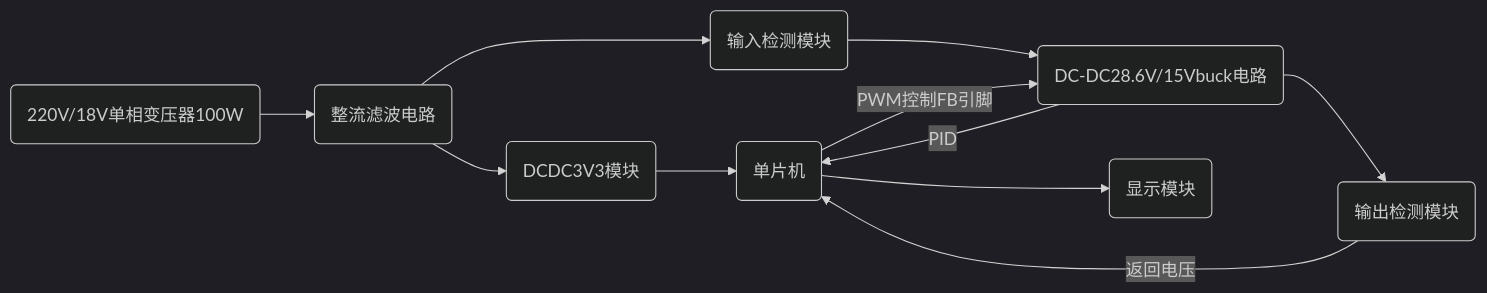
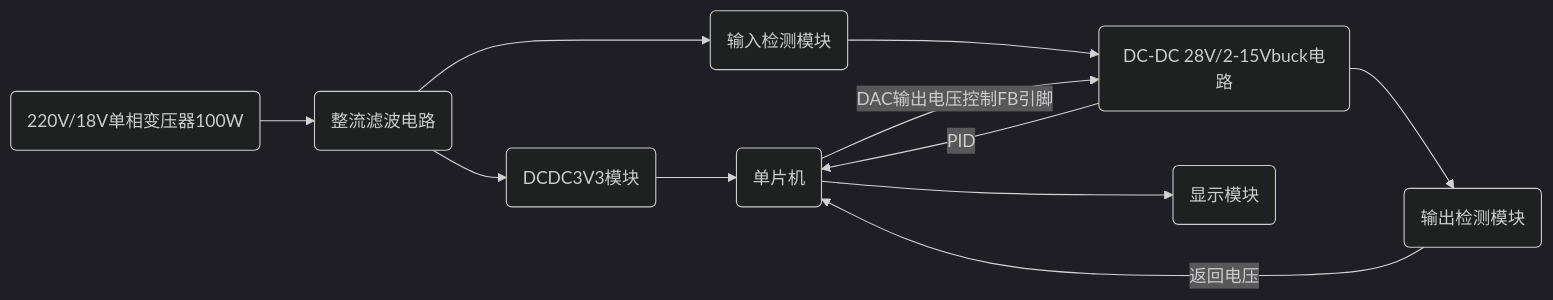
The first of 2 diagrams in 程控直流稳压电源.md (silence-breaker/Electronic-Design-Program), drawn with Mermaid (dark theme) before and after one commit. The commit also changed other lines of this file and 4 other files, not shown here.

````diff
--- a/程控直流稳压电源.md
+++ b/程控直流稳压电源.md
@@ -16,18 +18,18 @@
 ```mermaid
 flowchart LR
 id1(220V/18V单相变压器100W)
 id2(整流滤波电路)
-id3(DC-DC28.6V/15Vbuck电路)
+id3(DC-DC 28V/2-15Vbuck电路)
 id4(单片机)
 id5(输出检测模块)
 id6(显示模块)
 
 id9(输入检测模块)
 id10(DCDC3V3模块)
 id2-->id10-->id4
 id1-->id2-->id9-->id3
-id4--PWM控制FB引脚-->id3-->id5--返回电压-->id4
+id4--DAC输出电压控制FB引脚-->id3-->id5--返回电压-->id4
 id4-->id6
 id3--PID-->id4
 
 ```
````
